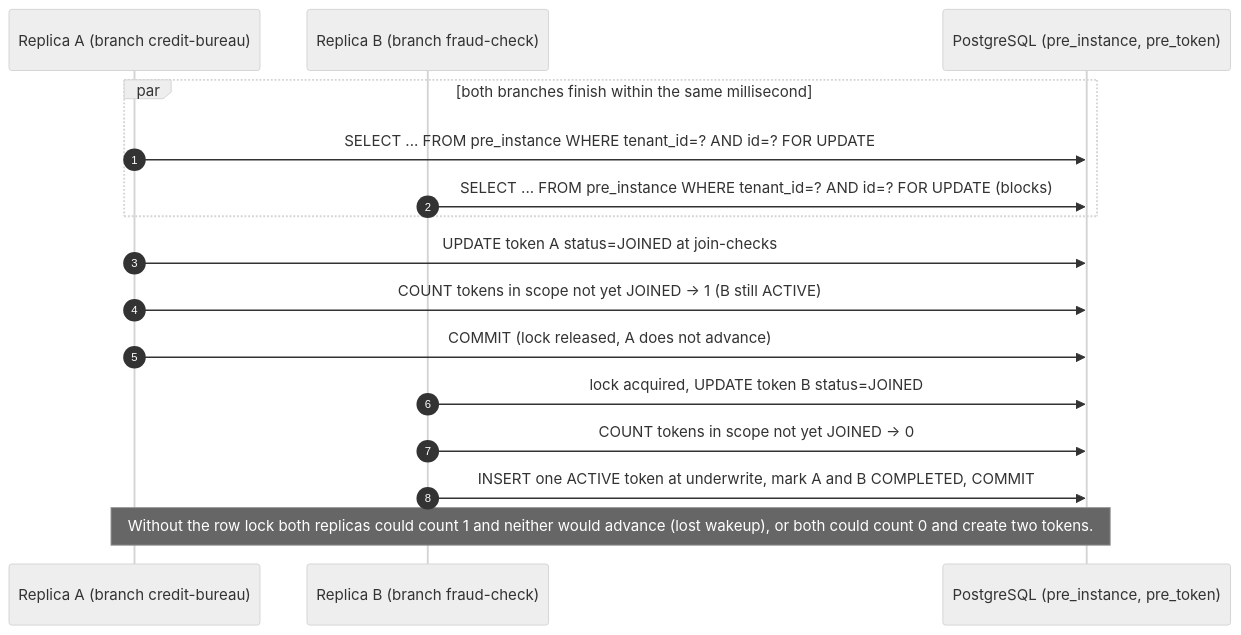
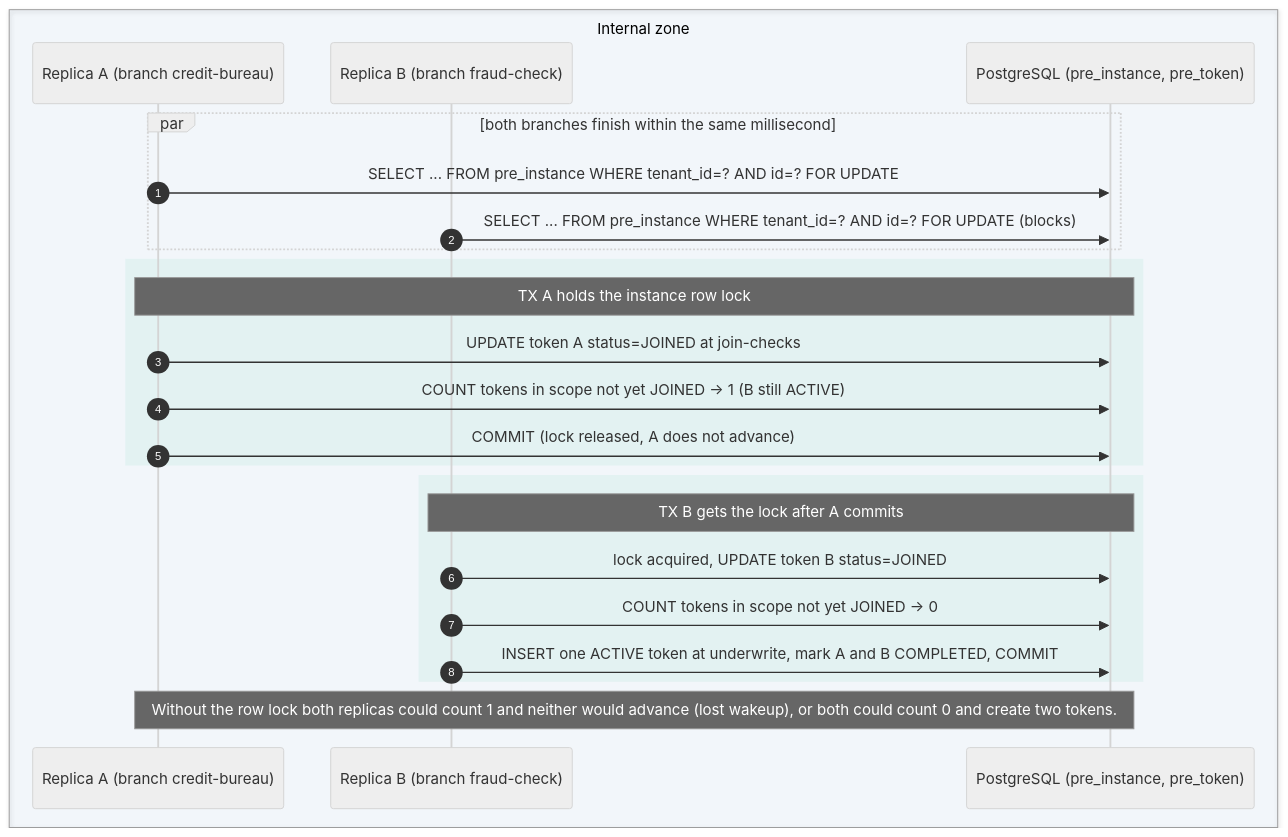
The diagram in wiki/diagrams/parallel-join.mmd (dhluong90/horus-Agentic-BPM), drawn with Mermaid (neutral theme) before and after one commit. The commit also changed 99 other files, not shown here.

First line of the commit message:
docs(wiki): shared diagram palette, 4-zone views, cockpit diagrams and evaluator pages

```diff
--- a/wiki/diagrams/parallel-join.mmd
+++ b/wiki/diagrams/parallel-join.mmd
@@ -1,17 +1,25 @@
 sequenceDiagram
   autonumber
-  participant A as Replica A (branch credit-bureau)
-  participant B as Replica B (branch fraud-check)
-  participant DB as PostgreSQL (pre_instance, pre_token)
+  box rgba(21,101,192,0.04) Internal zone
+    participant A as Replica A (branch credit-bureau)
+    participant B as Replica B (branch fraud-check)
+    participant DB as PostgreSQL (pre_instance, pre_token)
+  end
 
   par both branches finish within the same millisecond
     A->>DB: SELECT ... FROM pre_instance WHERE tenant_id=? AND id=? FOR UPDATE
     B->>DB: SELECT ... FROM pre_instance WHERE tenant_id=? AND id=? FOR UPDATE (blocks)
   end
-  A->>DB: UPDATE token A status=JOINED at join-checks
-  A->>DB: COUNT tokens in scope not yet JOINED -> 1 (B still ACTIVE)
-  A->>DB: COMMIT (lock released, A does not advance)
-  B->>DB: lock acquired, UPDATE token B status=JOINED
-  B->>DB: COUNT tokens in scope not yet JOINED -> 0
-  B->>DB: INSERT one ACTIVE token at underwrite, mark A and B COMPLETED, COMMIT
+  rect rgba(224,242,241,0.8)
+    Note over A,DB: TX A holds the instance row lock
+    A->>DB: UPDATE token A status=JOINED at join-checks
+    A->>DB: COUNT tokens in scope not yet JOINED -> 1 (B still ACTIVE)
+    A->>DB: COMMIT (lock released, A does not advance)
+  end
+  rect rgba(224,242,241,0.8)
+    Note over B,DB: TX B gets the lock after A commits
+    B->>DB: lock acquired, UPDATE token B status=JOINED
+    B->>DB: COUNT tokens in scope not yet JOINED -> 0
+    B->>DB: INSERT one ACTIVE token at underwrite, mark A and B COMPLETED, COMMIT
+  end
   Note over A,DB: Without the row lock both replicas could count 1 and neither would advance (lost wakeup), or both could count 0 and create two tokens.
```
